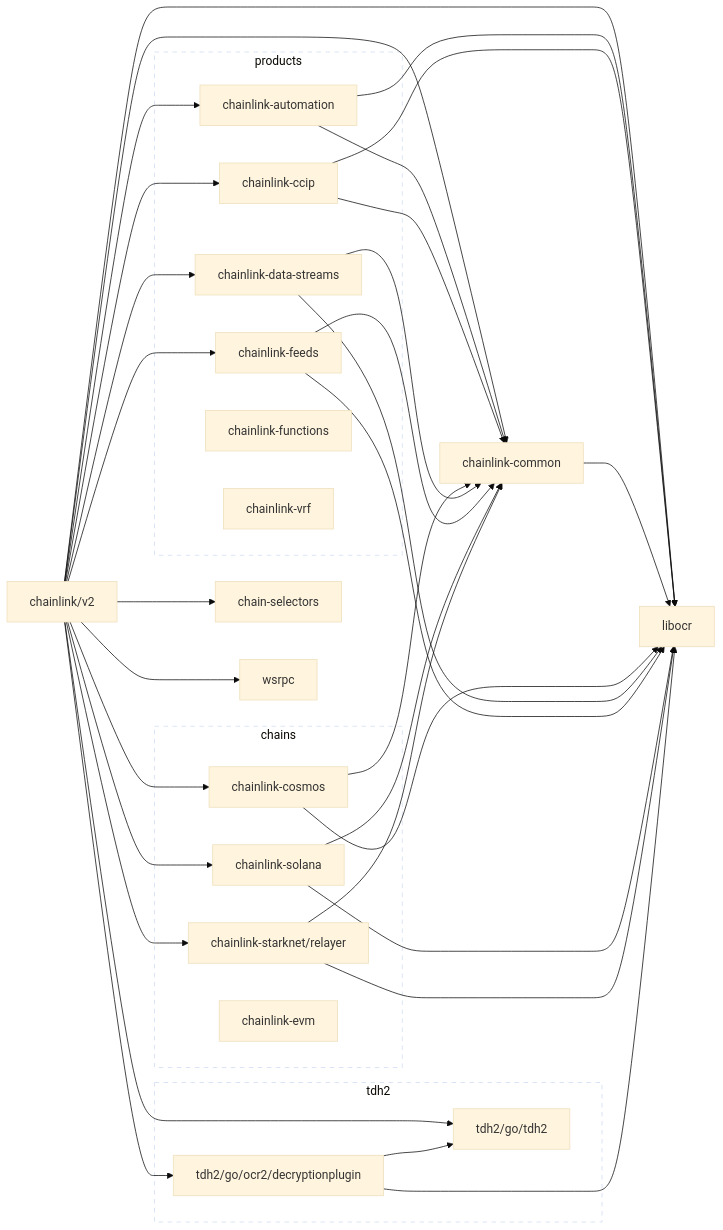
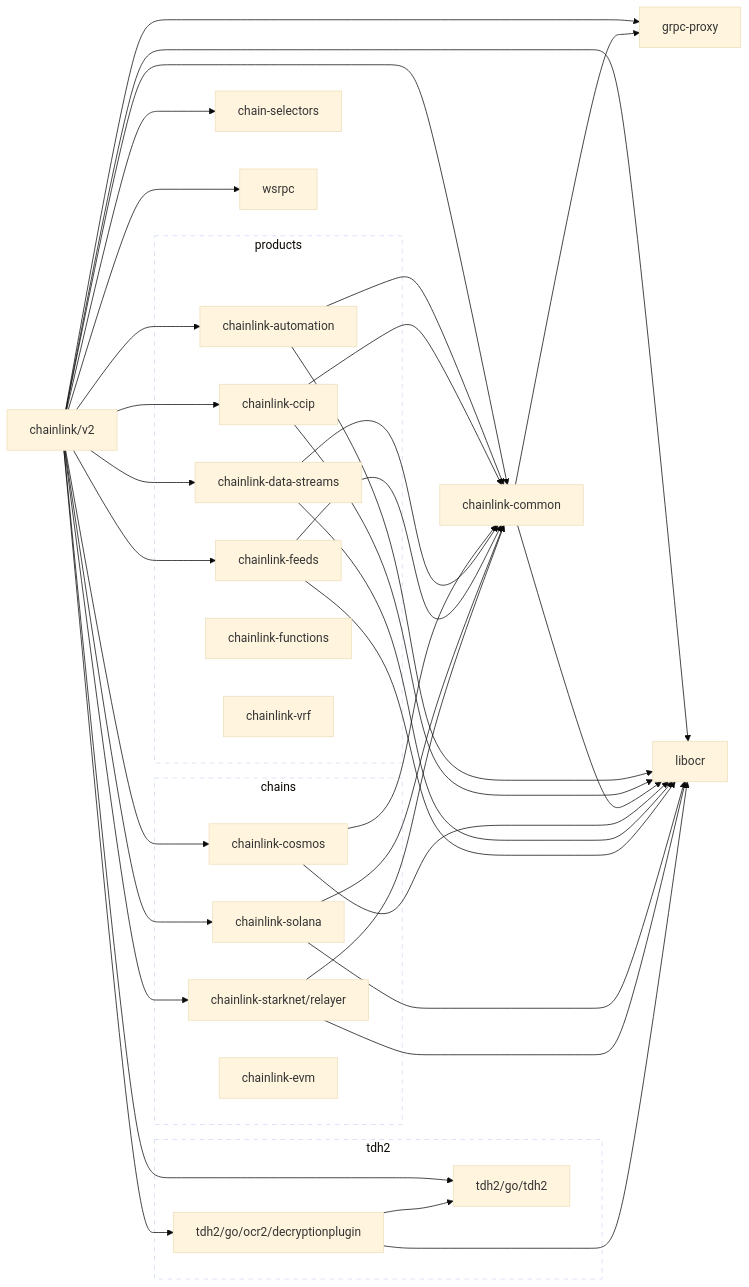
The diagram in go.md (smartcontractkit/chainlink), drawn with Mermaid (base theme) before and after one commit.

Commit message:
fix go.md error

````diff
--- a/go.md
+++ b/go.md
@@ -2,70 +2,73 @@
 ```mermaid
 flowchart LR
   subgraph chains
     chainlink-cosmos
     chainlink-solana
     chainlink-starknet/relayer
     chainlink-evm
   end
 
   subgraph products
     chainlink-automation
     chainlink-ccip
     chainlink-data-streams
     chainlink-feeds
     chainlink-functions
     chainlink-vrf
   end
 
   subgraph tdh2
     tdh2/go/tdh2
     tdh2/go/ocr2/decryptionplugin
   end
 
   classDef outline stroke-dasharray:6,fill:none;
   class chains,products,tdh2 outline
 
   chainlink/v2 --> chain-selectors
   click chain-selectors href "https://github.com/smartcontractkit/chain-selectors"
   chainlink/v2 --> chainlink-automation
   click chainlink-automation href "https://github.com/smartcontractkit/chainlink-automation"
   chainlink/v2 --> chainlink-ccip
   click chainlink-ccip href "https://github.com/smartcontractkit/chainlink-ccip"
   chainlink/v2 --> chainlink-common
   click chainlink-common href "https://github.com/smartcontractkit/chainlink-common"
   chainlink/v2 --> chainlink-cosmos
   click chainlink-cosmos href "https://github.com/smartcontractkit/chainlink-cosmos"
   chainlink/v2 --> chainlink-data-streams
   click chainlink-data-streams href "https://github.com/smartcontractkit/chainlink-data-streams"
   chainlink/v2 --> chainlink-feeds
   click chainlink-feeds href "https://github.com/smartcontractkit/chainlink-feeds"
   chainlink/v2 --> chainlink-solana
   click chainlink-solana href "https://github.com/smartcontractkit/chainlink-solana"
   chainlink/v2 --> chainlink-starknet/relayer
   click chainlink-starknet/relayer href "https://github.com/smartcontractkit/chainlink-starknet"
+  chainlink/v2 --> grpc-proxy
+  click grpc-proxy href "https://github.com/smartcontractkit/grpc-proxy"
   chainlink/v2 --> libocr
   click libocr href "https://github.com/smartcontractkit/libocr"
   chainlink/v2 --> tdh2/go/ocr2/decryptionplugin
   click tdh2/go/ocr2/decryptionplugin href "https://github.com/smartcontractkit/tdh2"
   chainlink/v2 --> tdh2/go/tdh2
   click tdh2/go/tdh2 href "https://github.com/smartcontractkit/tdh2"
   chainlink/v2 --> wsrpc
   click wsrpc href "https://github.com/smartcontractkit/wsrpc"
   chainlink-automation --> chainlink-common
   chainlink-automation --> libocr
   chainlink-ccip --> chainlink-common
   chainlink-ccip --> libocr
+  chainlink-common --> grpc-proxy
   chainlink-common --> libocr
   chainlink-cosmos --> chainlink-common
   chainlink-cosmos --> libocr
   chainlink-data-streams --> chainlink-common
   chainlink-data-streams --> libocr
   chainlink-feeds --> chainlink-common
   chainlink-feeds --> libocr
   chainlink-solana --> chainlink-common
   chainlink-solana --> libocr
   chainlink-starknet/relayer --> chainlink-common
   chainlink-starknet/relayer --> libocr
   tdh2/go/ocr2/decryptionplugin --> libocr
   tdh2/go/ocr2/decryptionplugin --> tdh2/go/tdh2
 ```
````
